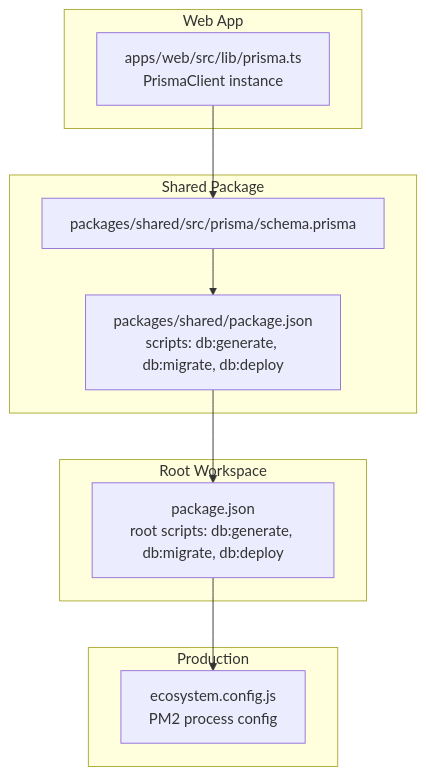
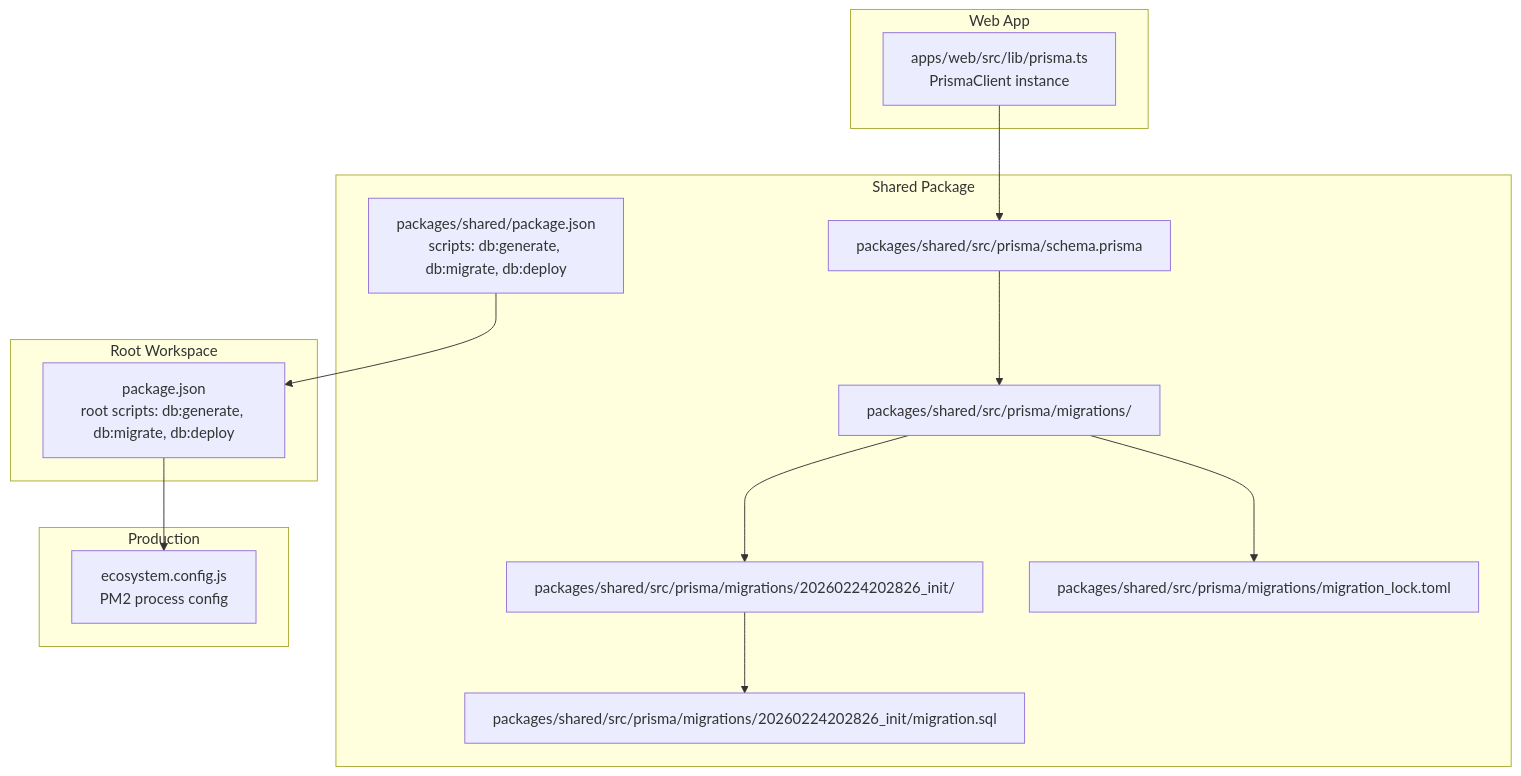
Before and after one commit to askchiwa-spec/FLOW-HQ-BOT: the first of 7 diagrams in .qoder/repowiki/en/content/Database Design/Migrations and Schema Evolution.md, drawn with Mermaid. The commit also changed other lines of this file and 38 other files, not shown here.

````diff
--- a/.qoder/repowiki/en/content/Database Design/Migrations and Schema Evolution.md
+++ b/.qoder/repowiki/en/content/Database Design/Migrations and Schema Evolution.md
@@ -31,20 +44,27 @@
 ```mermaid
 graph TB
 subgraph "Shared Package"
 A["packages/shared/src/prisma/schema.prisma"]
-B["packages/shared/package.json<br/>scripts: db:generate, db:migrate, db:deploy"]
+B["packages/shared/src/prisma/migrations/"]
+C["packages/shared/src/prisma/migrations/20260224202826_init/"]
+D["packages/shared/src/prisma/migrations/20260224202826_init/migration.sql"]
+E["packages/shared/src/prisma/migrations/migration_lock.toml"]
+F["packages/shared/package.json<br/>scripts: db:generate, db:migrate, db:deploy"]
 end
 subgraph "Web App"
-C["apps/web/src/lib/prisma.ts<br/>PrismaClient instance"]
+G["apps/web/src/lib/prisma.ts<br/>PrismaClient instance"]
 end
 subgraph "Root Workspace"
-D["package.json<br/>root scripts: db:generate, db:migrate, db:deploy"]
+H["package.json<br/>root scripts: db:generate, db:migrate, db:deploy"]
 end
 subgraph "Production"
-E["ecosystem.config.js<br/>PM2 process config"]
+I["ecosystem.config.js<br/>PM2 process config"]
 end
 A --> B
-B --> D
-C --> A
-D --> E
+B --> C
+C --> D
+B --> E
+F --> H
+G --> A
+H --> I
 ```
````
